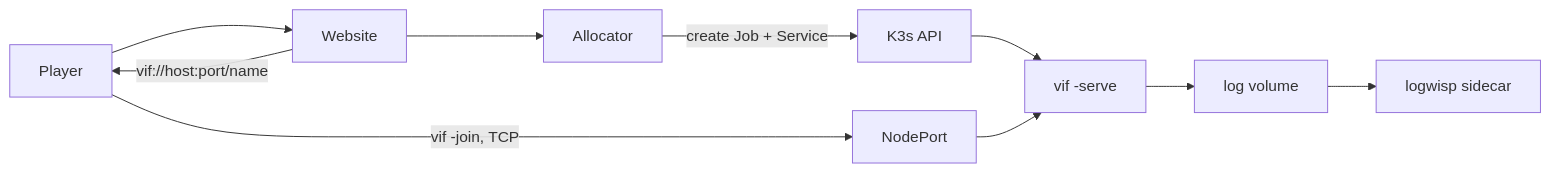
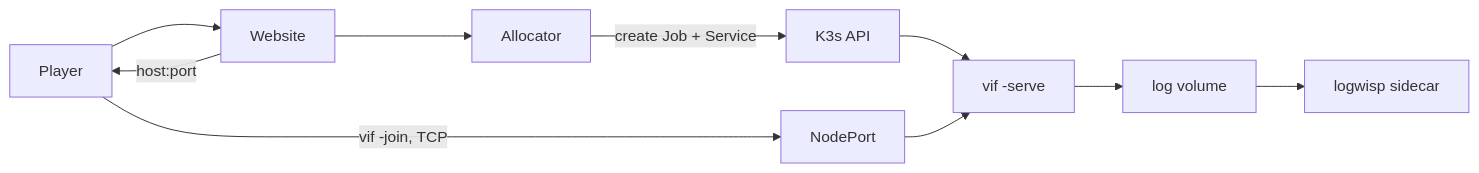
One commit to lixenwraith/vi-fighter changed the diagram in doc/kubernetes-fleet.md. Above: the diagram before and after it, drawn with Mermaid. The commit also changed other lines of this file and 7 other files, not shown here.

````diff
--- a/doc/kubernetes-fleet.md
+++ b/doc/kubernetes-fleet.md
@@ -26,10 +26,10 @@
 ```mermaid
 flowchart LR
     Player["Player"] --> Site["Website"]
     Site --> Alloc["Allocator"]
     Alloc -->|"create Job + Service"| API["K3s API"]
     API --> Pod["vif -serve"]
-    Site -->|"vif://host:port/name"| Player
+    Site -->|"host:port"| Player
     Player -->|"vif -join, TCP"| NP["NodePort"] --> Pod
     Pod --> Logs["log volume"] --> Wisp["logwisp sidecar"]
 ```
````
